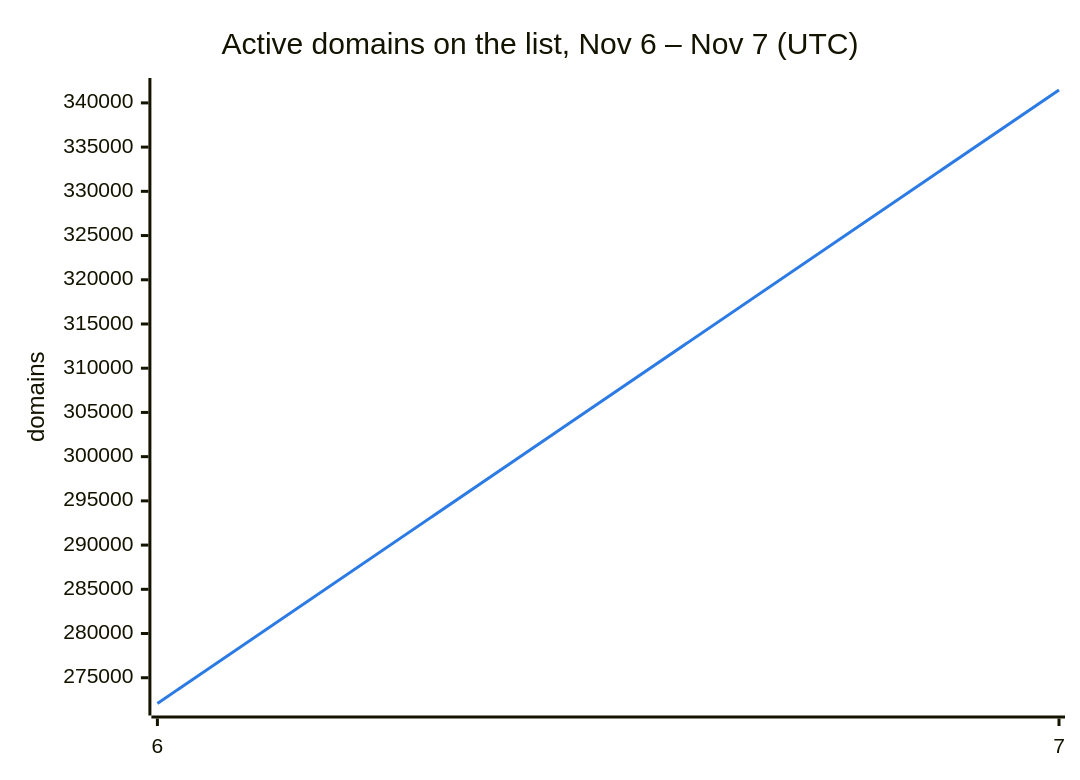
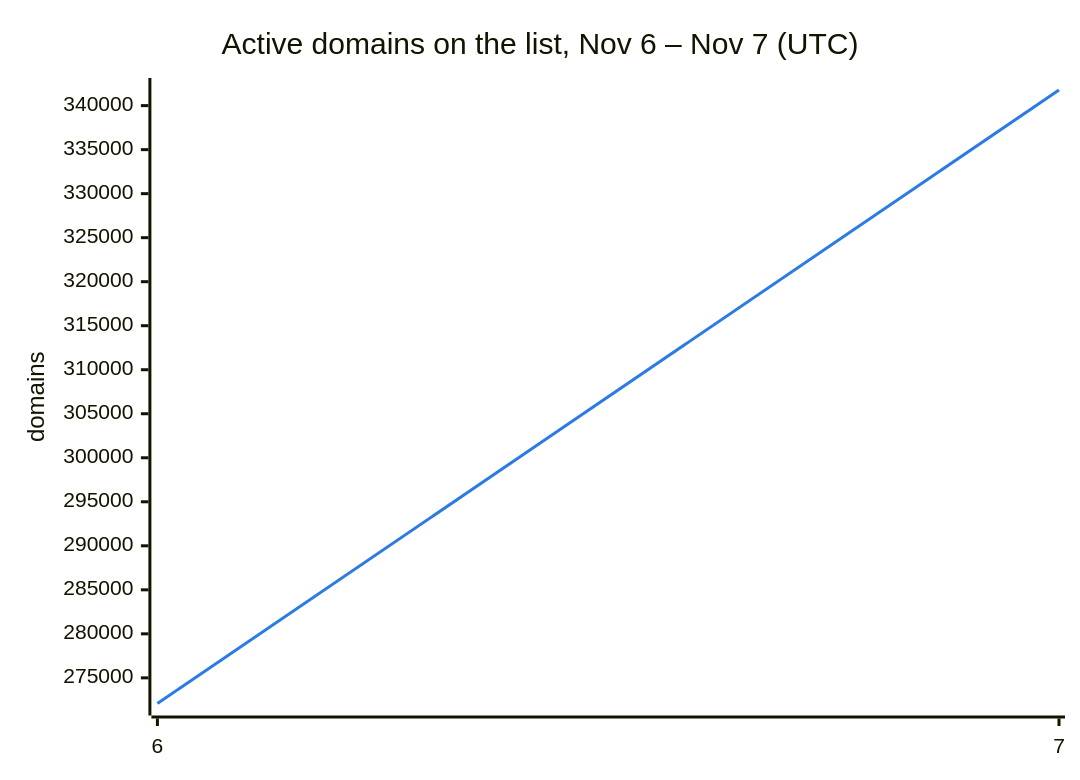
Before and after one commit to DNSBunker/CTI: the second of 3 diagrams in README.md, drawn with Mermaid. The commit also changed other lines of this file and 3 other files, not shown here.

````diff
--- a/README.md
+++ b/README.md
@@ -38,8 +38,8 @@
 ```mermaid
 %%{init: {"themeVariables": {"xyChart": {"plotColorPalette": "#2c7be5"}}}}%%
 xychart-beta
     title "Active domains on the list, Nov 6 – Nov 7 (UTC)"
     x-axis ["6", "7"]
     y-axis "domains"
-    line [272088, 341458]
+    line [272088, 341774]
 ```
````
